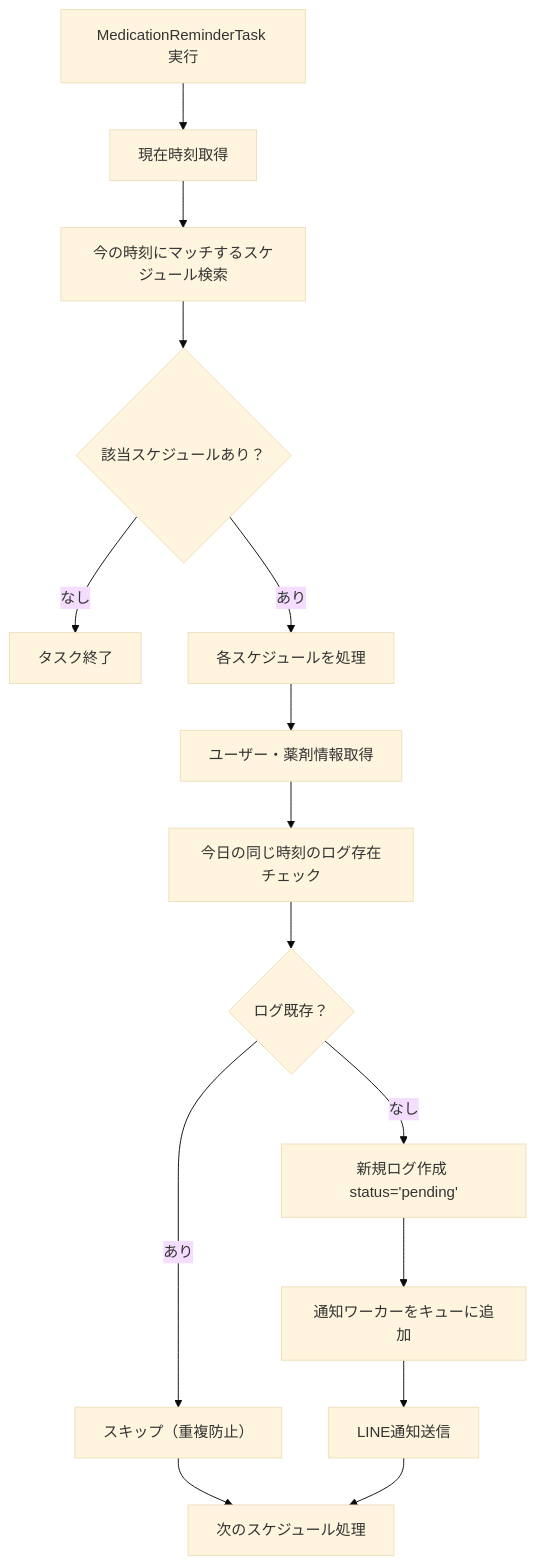
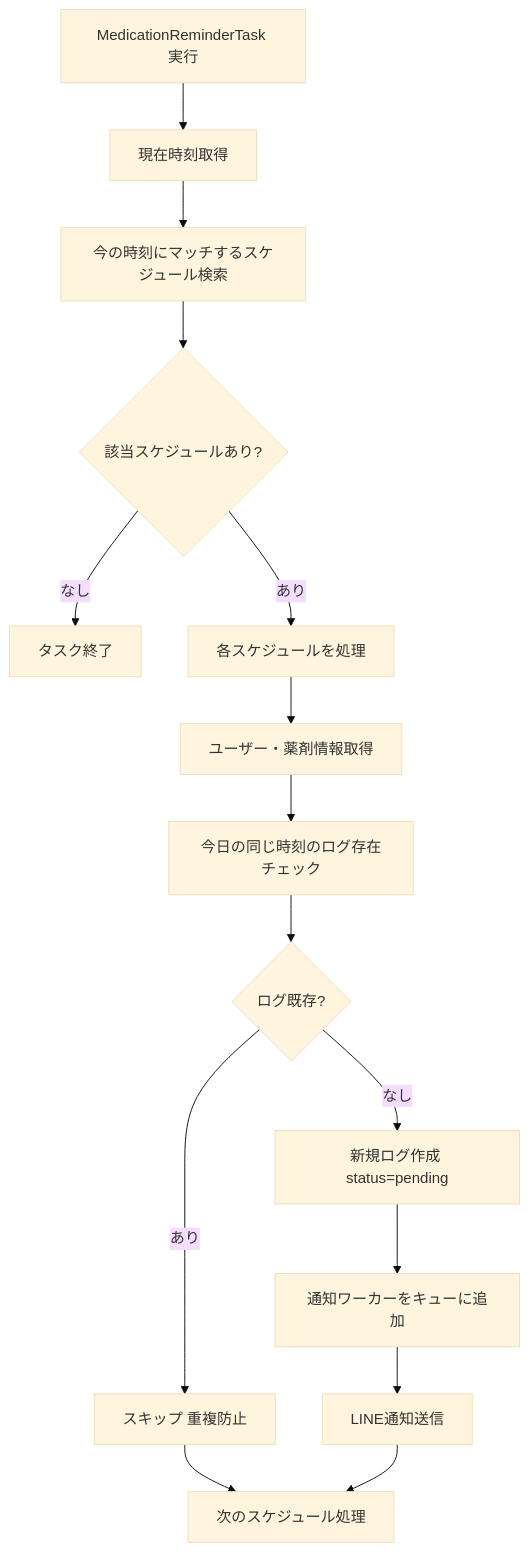
The seventh of 42 diagrams in features-flow.md (UtakataKyosui/RecommendMedicineServer), drawn with Mermaid (base theme) before and after one commit. The commit also changed other lines of this file, not shown here.

First line of the commit message:
docs: Update features-flow.md

````diff
--- a/features-flow.md
+++ b/features-flow.md
@@ -135,17 +135,17 @@
 ```mermaid
 graph TD
     A[MedicationReminderTask 実行] --> B[現在時刻取得]
     B --> C[今の時刻にマッチするスケジュール検索]
-    C --> D{該当スケジュールあり？}
+    C --> D{該当スケジュールあり?}
     D -->|なし| E[タスク終了]
     D -->|あり| F[各スケジュールを処理]
     F --> G[ユーザー・薬剤情報取得]
     G --> H[今日の同じ時刻のログ存在チェック]
-    H --> I{ログ既存？}
-    I -->|あり| J[スキップ（重複防止）]
-    I -->|なし| K[新規ログ作成 status='pending']
+    H --> I{ログ既存?}
+    I -->|あり| J[スキップ 重複防止]
+    I -->|なし| K[新規ログ作成 status=pending]
     K --> L[通知ワーカーをキューに追加]
     L --> M[LINE通知送信]
     J --> N[次のスケジュール処理]
     M --> N
 ```
````
